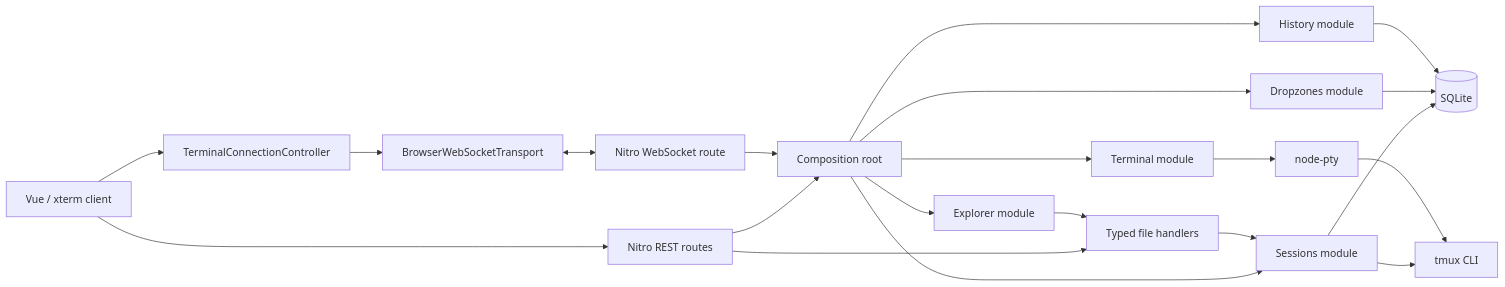
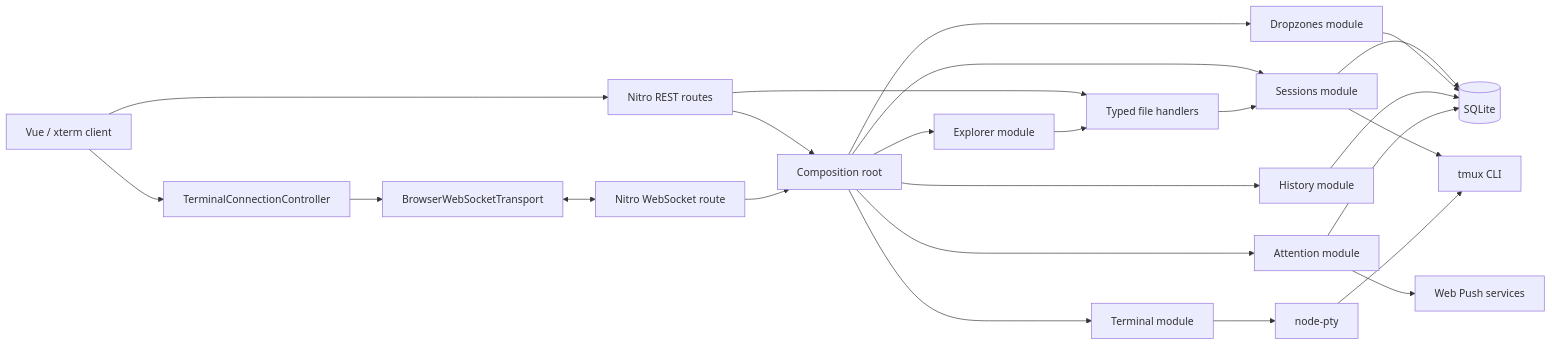
Before and after one commit to rebasereality/bitveins: the first of 2 diagrams in ARCHITECTURE.md, drawn with Mermaid. The commit also changed other lines of this file and 79 other files, not shown here.

Commit message:
feat(attention): ship agent inbox and web push

````diff
--- a/ARCHITECTURE.md
+++ b/ARCHITECTURE.md
@@ -8,39 +8,44 @@
 ```mermaid
 flowchart LR
     Browser["Vue / xterm client"]
     Controller["TerminalConnectionController"]
     Transport["BrowserWebSocketTransport"]
     Rest["Nitro REST routes"]
     Ws["Nitro WebSocket route"]
     Composition["Composition root"]
     Dropzones["Dropzones module"]
     Sessions["Sessions module"]
     History["History module"]
     Explorer["Explorer module"]
     Files["Typed file handlers"]
     Terminal["Terminal module"]
+    Attention["Attention module"]
+    Push["Web Push services"]
     Tmux["tmux CLI"]
     Pty["node-pty"]
     SQLite[("SQLite")]
 
     Browser --> Controller
     Controller --> Transport
     Transport <--> Ws
     Browser --> Rest
     Rest --> Composition
     Ws --> Composition
     Composition --> Dropzones
     Composition --> Sessions
     Composition --> History
     Composition --> Explorer
     Composition --> Terminal
+    Composition --> Attention
     Rest --> Files
     Explorer --> Files
     Files --> Sessions
     Sessions --> Tmux
     Sessions --> SQLite
     Dropzones --> SQLite
     History --> SQLite
+    Attention --> SQLite
+    Attention --> Push
     Terminal --> Pty
     Pty --> Tmux
 ```
````
